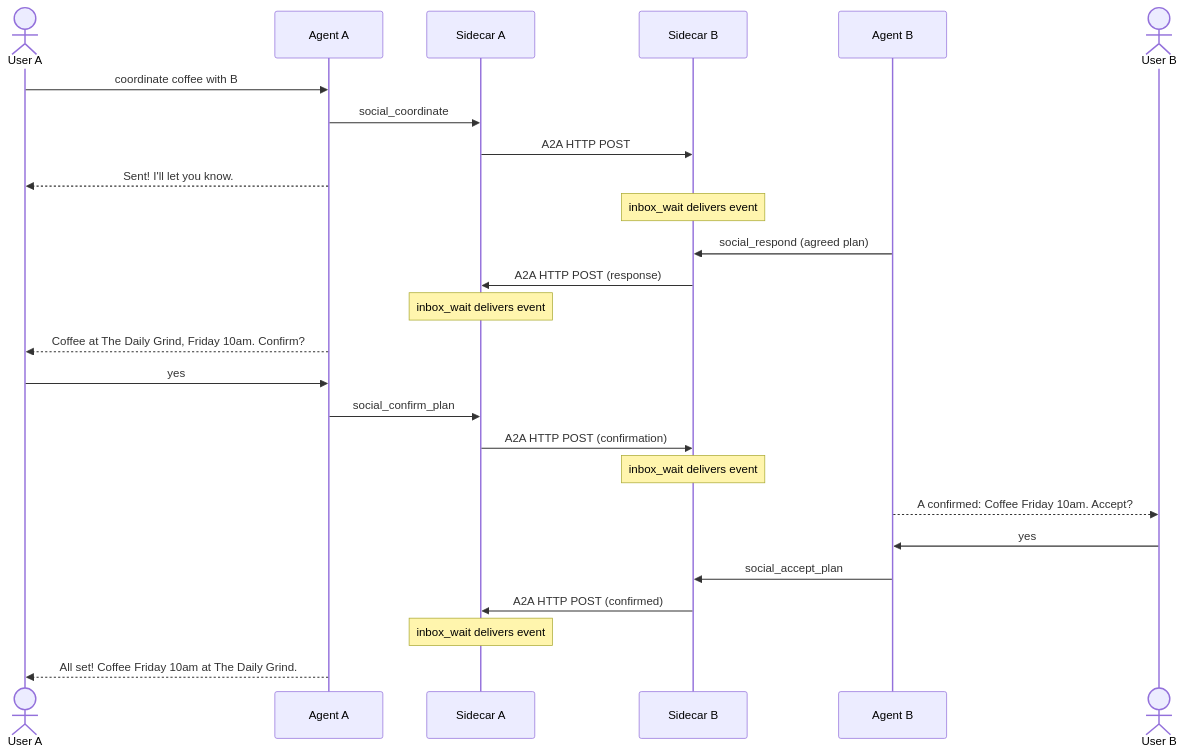
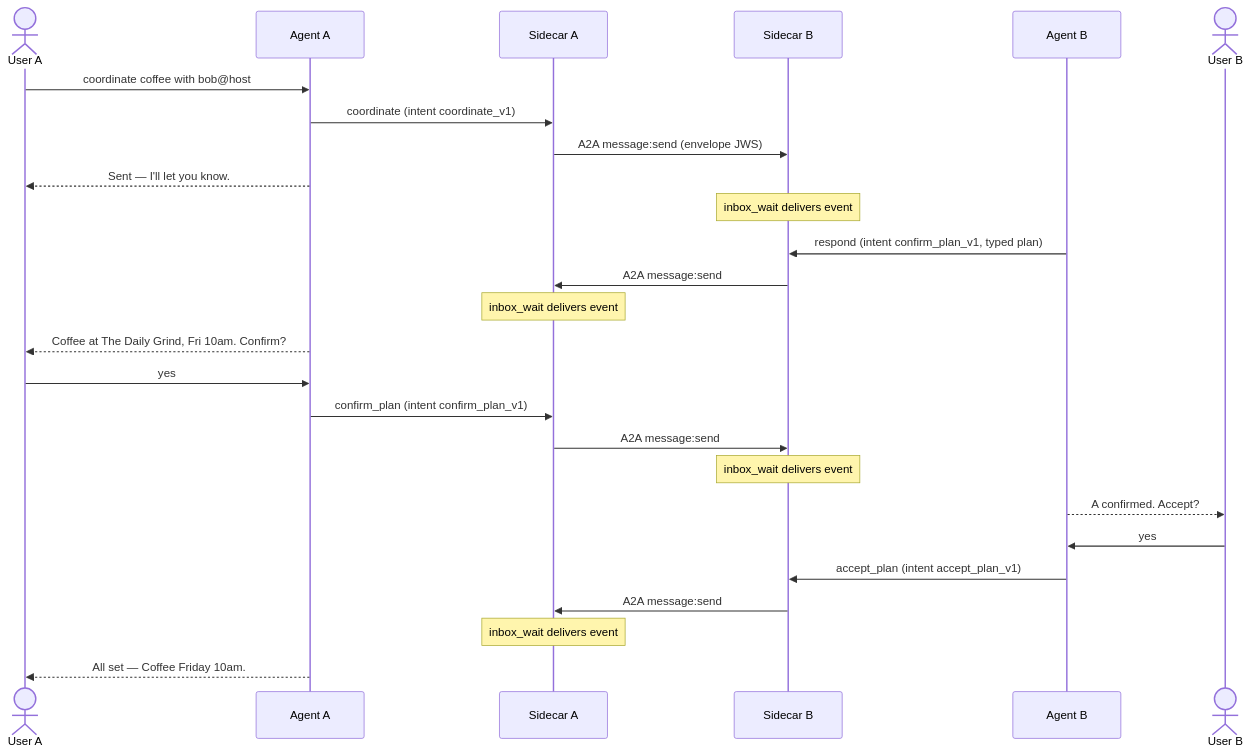
One commit to meghancampbel9/shadownet changed the diagram in README.md. Above: the diagram before and after it, drawn with Mermaid. The commit also changed other lines of this file and 49 other files, not shown here.

````diff
--- a/README.md
+++ b/README.md
@@ -128,34 +79,33 @@
 ```mermaid
 sequenceDiagram
     actor UA as User A
     participant AA as Agent A
     participant SA as Sidecar A
     participant SB as Sidecar B
     participant AB as Agent B
     actor UB as User B
 
-    UA->>AA: coordinate coffee with B
-    AA->>SA: social_coordinate
-    SA->>SB: A2A HTTP POST
-    AA-->>UA: Sent! I'll let you know.
+    UA->>AA: coordinate coffee with bob@host
+    AA->>SA: coordinate (intent coordinate_v1)
+    SA->>SB: A2A message:send (envelope JWS)
+    AA-->>UA: Sent — I'll let you know.
 
     Note over SB: inbox_wait delivers event
-    AB->>SB: social_respond (agreed plan)
-    SB->>SA: A2A HTTP POST (response)
+    AB->>SB: respond (intent confirm_plan_v1, typed plan)
+    SB->>SA: A2A message:send
 
     Note over SA: inbox_wait delivers event
-    AA-->>UA: Coffee at The Daily Grind, Friday 10am. Confirm?
-
+    AA-->>UA: Coffee at The Daily Grind, Fri 10am. Confirm?
     UA->>AA: yes
-    AA->>SA: social_confirm_plan
-    SA->>SB: A2A HTTP POST (confirmation)
+    AA->>SA: confirm_plan (intent confirm_plan_v1)
+    SA->>SB: A2A message:send
 
     Note over SB: inbox_wait delivers event
-    AB-->>UB: A confirmed: Coffee Friday 10am. Accept?
+    AB-->>UB: A confirmed. Accept?
     UB->>AB: yes
-    AB->>SB: social_accept_plan
-    SB->>SA: A2A HTTP POST (confirmed)
+    AB->>SB: accept_plan (intent accept_plan_v1)
+    SB->>SA: A2A message:send
 
     Note over SA: inbox_wait delivers event
-    AA-->>UA: All set! Coffee Friday 10am at The Daily Grind.
+    AA-->>UA: All set — Coffee Friday 10am.
 ```
````
